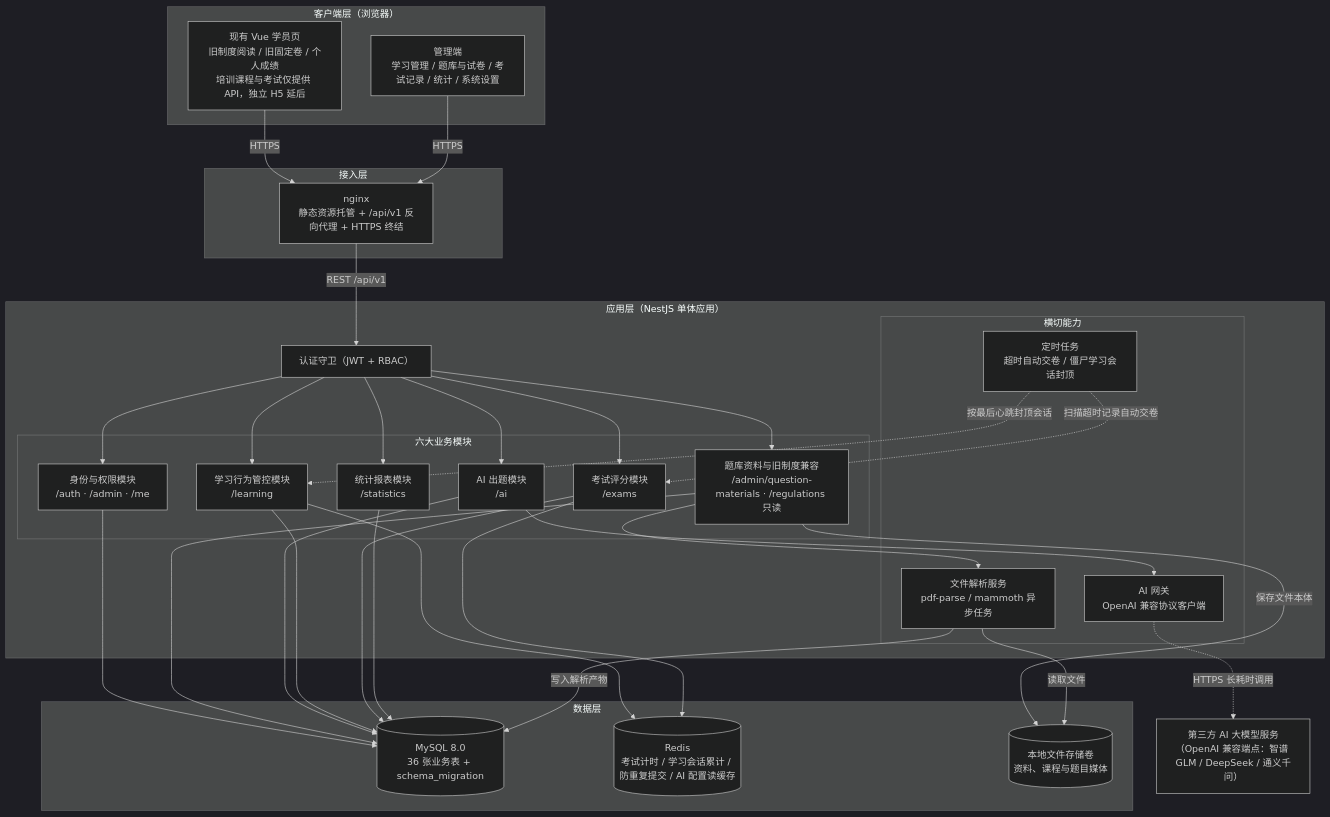
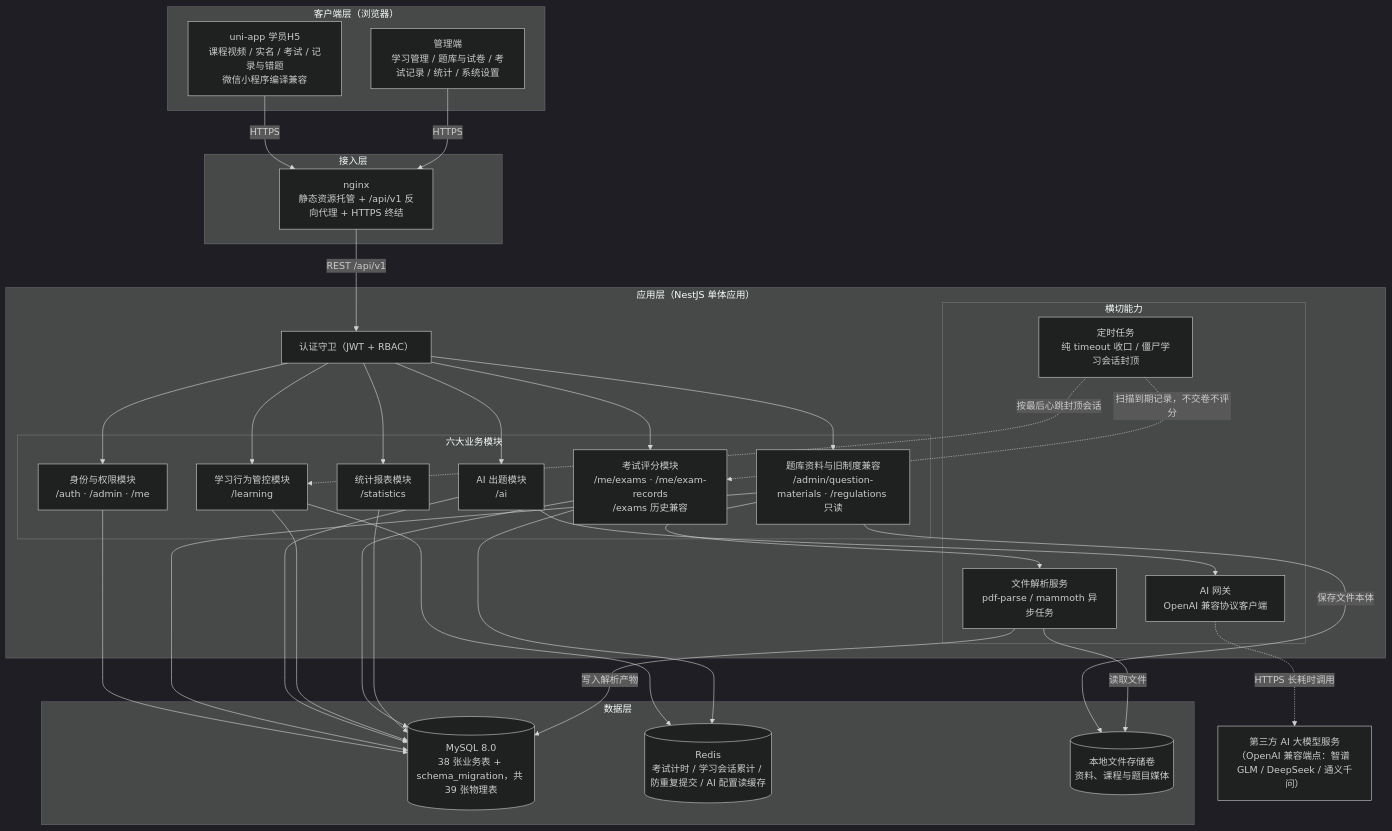
The first of 2 diagrams in docs/design/02-系统架构.md (caoguanjie/emodor-exam), drawn with Mermaid (dark theme) before and after one commit. The commit also changed other lines of this file and 302 other files, not shown here.

````diff
--- a/docs/design/02-系统架构.md
+++ b/docs/design/02-系统架构.md
@@ -38,62 +38,62 @@
 ```mermaid
 graph TD
     subgraph CL["客户端层（浏览器）"]
-        E["现有 Vue 学员页<br/>旧制度阅读 / 旧固定卷 / 个人成绩<br/>培训课程与考试仅提供 API，独立 H5 延后"]
+        E["uni-app 学员H5<br/>课程视频 / 实名 / 考试 / 记录与错题<br/>微信小程序编译兼容"]
         M["管理端<br/>学习管理 / 题库与试卷 / 考试记录 / 统计 / 系统设置"]
     end
 
     subgraph NL["接入层"]
         NGX["nginx<br/>静态资源托管 + /api/v1 反向代理 + HTTPS 终结"]
     end
 
     subgraph AL["应用层（NestJS 单体应用）"]
         GA["认证守卫（JWT + RBAC）"]
         subgraph BIZ["六大业务模块"]
             M1["身份与权限模块<br/>/auth · /admin · /me"]
             M2["题库资料与旧制度兼容<br/>/admin/question-materials · /regulations 只读"]
             M3["AI 出题模块<br/>/ai"]
             M4["学习行为管控模块<br/>/learning"]
-            M5["考试评分模块<br/>/exams"]
+            M5["考试评分模块<br/>/me/exams · /me/exam-records<br/>/exams 历史兼容"]
             M6["统计报表模块<br/>/statistics"]
         end
         subgraph XC["横切能力"]
             FP["文件解析服务<br/>pdf-parse / mammoth 异步任务"]
             AG["AI 网关<br/>OpenAI 兼容协议客户端"]
-            SCH["定时任务<br/>超时自动交卷 / 僵尸学习会话封顶"]
+            SCH["定时任务<br/>纯 timeout 收口 / 僵尸学习会话封顶"]
         end
     end
 
     subgraph DL["数据层"]
-        DB[("MySQL 8.0<br/>36 张业务表 + schema_migration")]
+        DB[("MySQL 8.0<br/>38 张业务表 + schema_migration，共 39 张物理表")]
         RD[("Redis<br/>考试计时 / 学习会话累计 / 防重复提交 / AI 配置读缓存")]
         FS[("本地文件存储卷<br/>资料、课程与题目媒体")]
     end
 
     EXT["第三方 AI 大模型服务<br/>（OpenAI 兼容端点：智谱 GLM / DeepSeek / 通义千问）"]
 
     E -->|"HTTPS"| NGX
     M -->|"HTTPS"| NGX
     NGX -->|"REST /api/v1"| GA
     GA --> M1
     GA --> M2
     GA --> M3
     GA --> M4
     GA --> M5
     GA --> M6
     M2 --> FP
     M3 --> AG
-    SCH -.->|"扫描超时记录自动交卷"| M5
+    SCH -.->|"扫描到期记录，不交卷不评分"| M5
     SCH -.->|"按最后心跳封顶会话"| M4
     M1 --> DB
     M2 --> DB
     M3 --> DB
     M4 --> DB
     M5 --> DB
     M6 --> DB
     M4 --> RD
     M5 --> RD
     M2 -->|"保存文件本体"| FS
     FP -->|"读取文件"| FS
     FP -->|"写入解析产物"| DB
     AG -.->|"HTTPS 长耗时调用"| EXT
 ```
````
